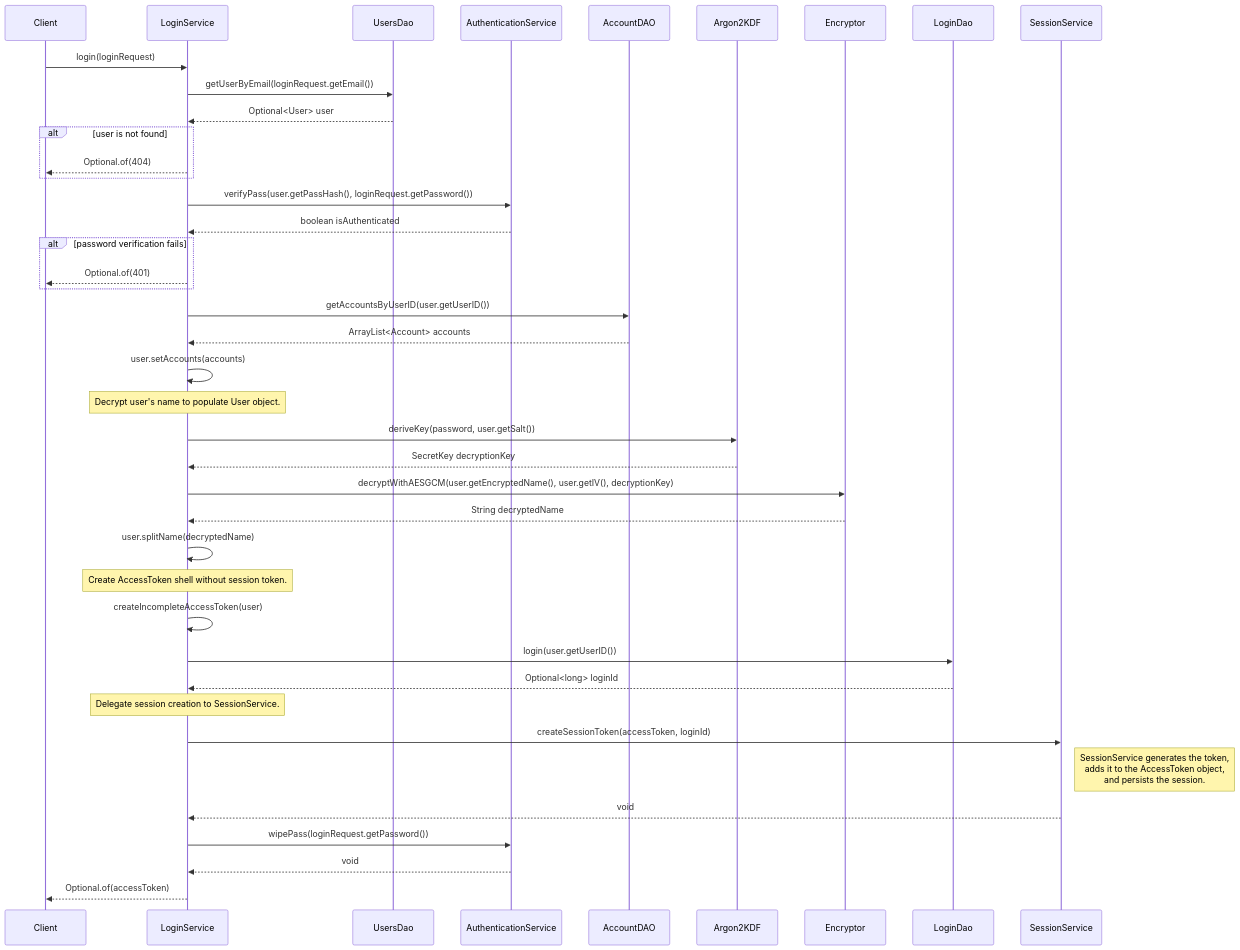
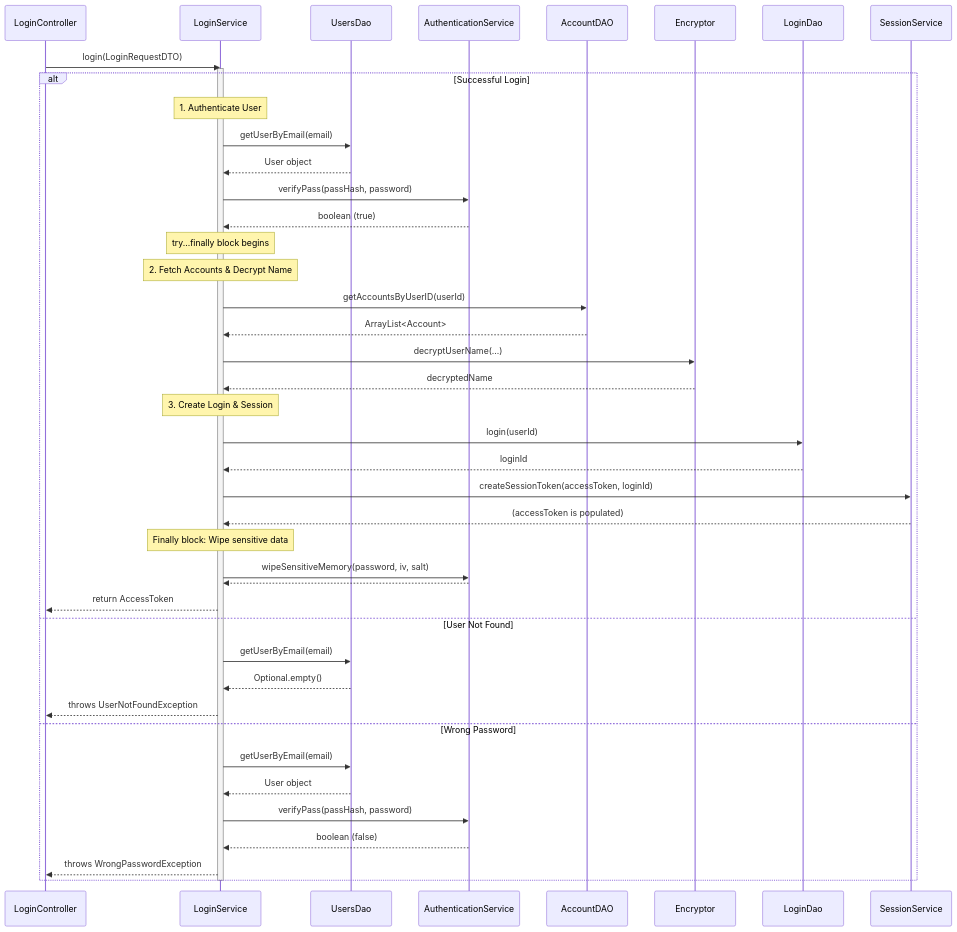
Before and after one commit to LKBotond/Banking-app-with-Spring: the second of 5 diagrams in Architecture.md, drawn with Mermaid. The commit also changed other lines of this file, not shown here.

Commit message:
updated: Architecture.md now there are sequence diagrams for the login-logout-registration and deletion chains

````diff
--- a/Architecture.md
+++ b/Architecture.md
@@ -37,54 +36,60 @@
 ```mermaid
 sequenceDiagram
-    participant Client
+    participant LoginController
     participant LoginService
     participant UsersDao
     participant AuthenticationService
     participant AccountDAO
-    participant Argon2KDF
     participant Encryptor
     participant LoginDao
     participant SessionService
 
-    Client->>LoginService: login(loginRequest)
-    LoginService->>UsersDao: getUserByEmail(loginRequest.getEmail())
-    UsersDao-->>LoginService: Optional<User> user
+    LoginController->>LoginService: login(LoginRequestDTO)
+    activate LoginService
 
-    alt user is not found
-        LoginService-->>Client: Optional.of(404)
+    alt Successful Login
+
+        Note over LoginService: 1. Authenticate User
+        LoginService->>UsersDao: getUserByEmail(email)
+        UsersDao-->>LoginService: User object
+        LoginService->>AuthenticationService: verifyPass(passHash, password)
+        AuthenticationService-->>LoginService: boolean (true)
+
+        Note over LoginService: try...finally block begins
+        Note over LoginService: 2. Fetch Accounts & Decrypt Name
+        LoginService->>AccountDAO: getAccountsByUserID(userId)
+        AccountDAO-->>LoginService: ArrayList<Account>
+
+        LoginService->>Encryptor: decryptUserName(...)
+        Encryptor-->>LoginService: decryptedName
+
+        Note over LoginService: 3. Create Login & Session
+        LoginService->>LoginDao: login(userId)
+        LoginDao-->>LoginService: loginId
+        LoginService->>SessionService: createSessionToken(accessToken, loginId)
+        SessionService-->>LoginService: (accessToken is populated)
+
+        Note over LoginService: Finally block: Wipe sensitive data
+        LoginService->>AuthenticationService: wipeSensitiveMemory(password, iv, salt)
+        AuthenticationService-->>LoginService:
+
+        LoginService-->>LoginController: return AccessToken
+
+    else User Not Found
+
+        LoginService->>UsersDao: getUserByEmail(email)
+        UsersDao-->>LoginService: Optional.empty()
+        LoginService-->>LoginController: throws UserNotFoundException
+
+    else Wrong Password
+
+        LoginService->>UsersDao: getUserByEmail(email)
+        UsersDao-->>LoginService: User object
+        LoginService->>AuthenticationService: verifyPass(passHash, password)
+        AuthenticationService-->>LoginService: boolean (false)
+        LoginService-->>LoginController: throws WrongPasswordException
+
     end
 
-    LoginService->>AuthenticationService: verifyPass(user.getPassHash(), loginRequest.getPassword())
-    AuthenticationService-->>LoginService: boolean isAuthenticated
-
-    alt password verification fails
-        LoginService-->>Client: Optional.of(401)
-    end
-
-    LoginService->>AccountDAO: getAccountsByUserID(user.getUserID())
-    AccountDAO-->>LoginService: ArrayList<Account> accounts
-    LoginService->>LoginService: user.setAccounts(accounts)
-
-    Note over LoginService: Decrypt user's name to populate User object.
-    LoginService->>Argon2KDF: deriveKey(password, user.getSalt())
-    Argon2KDF-->>LoginService: SecretKey decryptionKey
-    LoginService->>Encryptor: decryptWithAESGCM(user.getEncryptedName(), user.getIV(), decryptionKey)
-    Encryptor-->>LoginService: String decryptedName
-    LoginService->>LoginService: user.splitName(decryptedName)
-
-    Note over LoginService: Create AccessToken shell without session token.
-    LoginService->>LoginService: createIncompleteAccessToken(user)
-
-    LoginService->>LoginDao: login(user.getUserID())
-    LoginDao-->>LoginService: Optional<long> loginId
-
-    Note over LoginService: Delegate session creation to SessionService.
-    LoginService->>SessionService: createSessionToken(accessToken, loginId)
-    Note right of SessionService: SessionService generates the token,<br/>adds it to the AccessToken object,<br/>and persists the session.
-    SessionService-->>LoginService: void
-
-    LoginService->>AuthenticationService: wipePass(loginRequest.getPassword())
-    AuthenticationService-->>LoginService: void
-
-    LoginService-->>Client: Optional.of(accessToken)
+    deactivate LoginService
 ```
````
